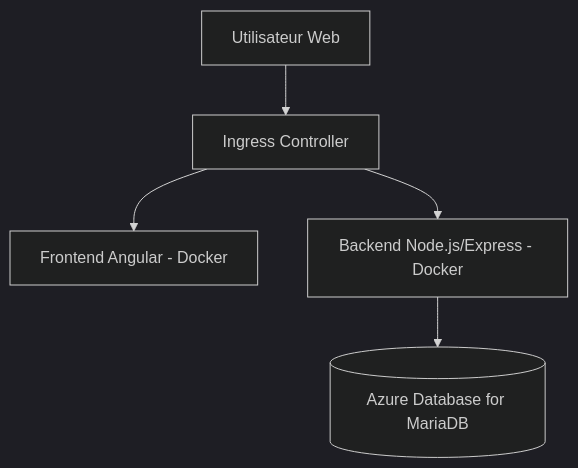
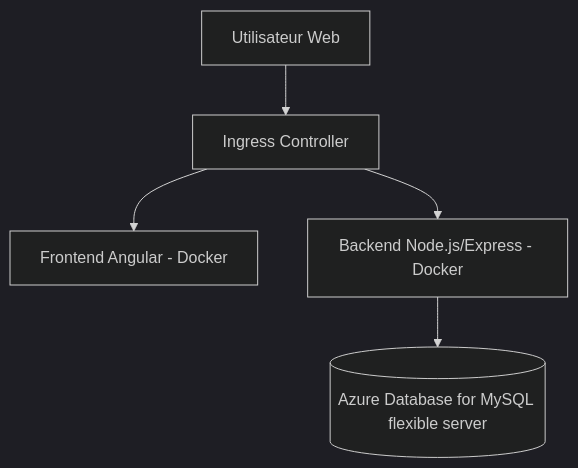
Before and after one commit to Thomas-DeOliveira/Projet-ENI: the diagram in README.md, drawn with Mermaid (dark theme). The commit also changed other lines of this file, not shown here.

````diff
--- a/README.md
+++ b/README.md
@@ -43,7 +44,7 @@
 ```mermaid
 flowchart TD
     User[Utilisateur Web] --> Ingress[Ingress Controller]
     Ingress --> Frontend[Frontend Angular - Docker]
     Ingress --> Backend[Backend Node.js/Express - Docker]
-    Backend --> DB[(Azure Database for MariaDB)]
+    Backend --> DB[(Azure Database for MySQL flexible server)]
 ```
````
